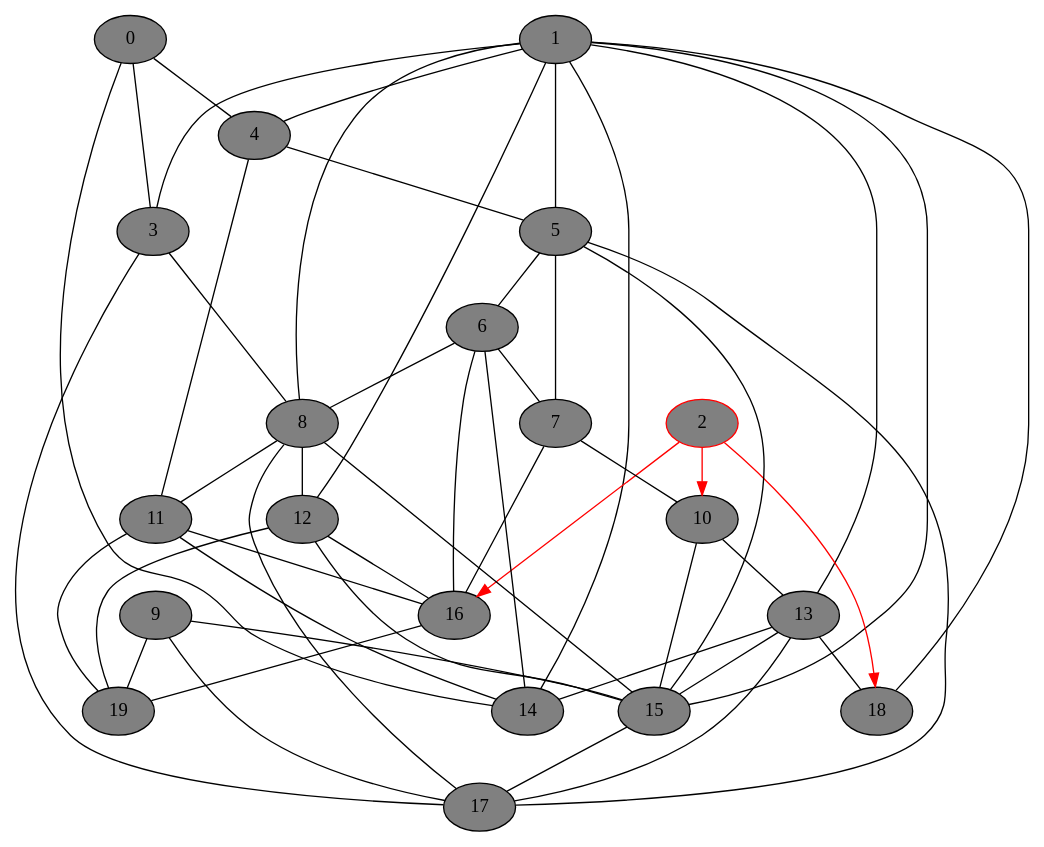
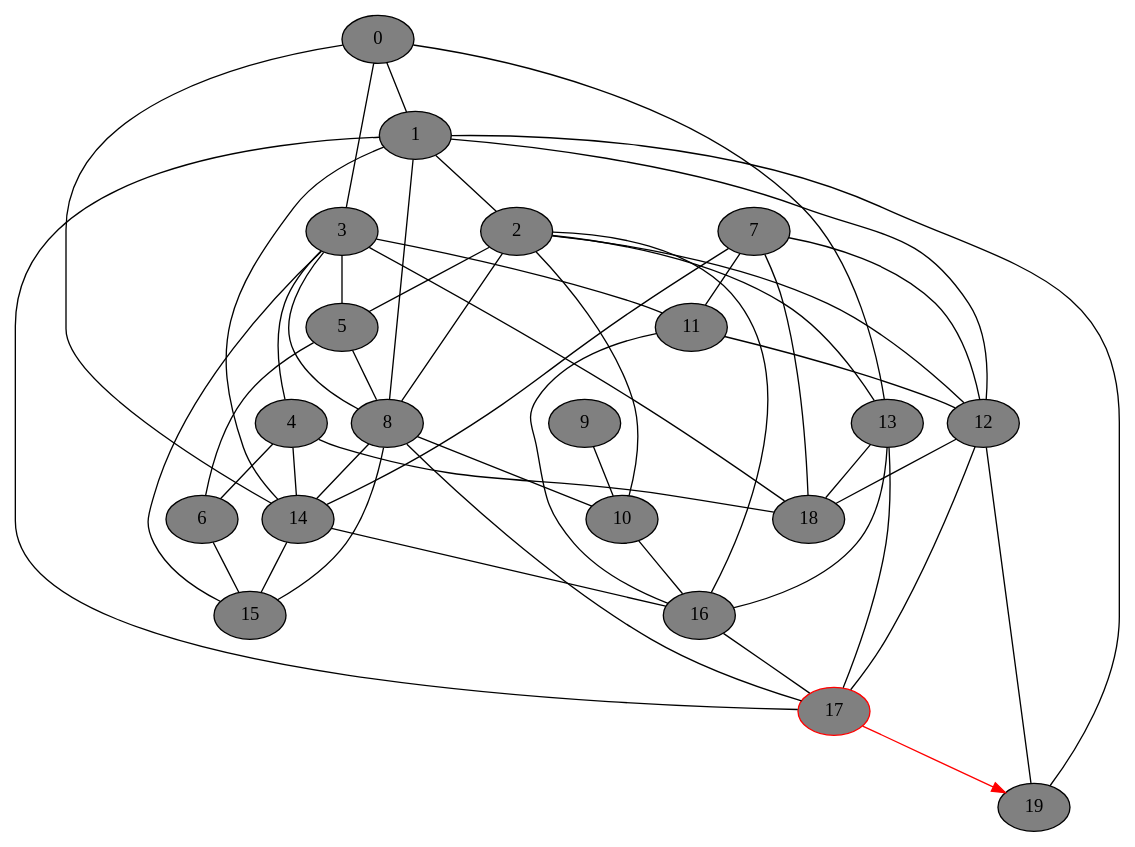
The diagram in gv_graphs/nxt0055.dot (DSMishler/EBA_models), drawn with Graphviz before and after one commit. The commit also changed 387 other files, not shown here.

```diff
--- a/gv_graphs/nxt0055.dot
+++ b/gv_graphs/nxt0055.dot
@@ -1,74 +1,74 @@
 // network test graph
 digraph
 {
 	0 [fillcolor=gray,style=filled,]
 	1 [fillcolor=gray,style=filled,]
-	2 [fillcolor=gray,style=filled,color=red,]
+	2 [fillcolor=gray,style=filled,]
 	3 [fillcolor=gray,style=filled,]
 	4 [fillcolor=gray,style=filled,]
 	5 [fillcolor=gray,style=filled,]
 	6 [fillcolor=gray,style=filled,]
 	7 [fillcolor=gray,style=filled,]
 	8 [fillcolor=gray,style=filled,]
 	9 [fillcolor=gray,style=filled,]
 	10 [fillcolor=gray,style=filled,]
 	11 [fillcolor=gray,style=filled,]
 	12 [fillcolor=gray,style=filled,]
 	13 [fillcolor=gray,style=filled,]
 	14 [fillcolor=gray,style=filled,]
 	15 [fillcolor=gray,style=filled,]
 	16 [fillcolor=gray,style=filled,]
-	17 [fillcolor=gray,style=filled,]
+	17 [fillcolor=gray,style=filled,color=red,]
 	18 [fillcolor=gray,style=filled,]
 	19 [fillcolor=gray,style=filled,]
+	0 -> 1 [dir=none]
 	0 -> 3 [dir=none]
-	0 -> 4 [dir=none]
+	0 -> 13 [dir=none]
 	0 -> 14 [dir=none]
-	1 -> 3 [dir=none]
-	1 -> 4 [dir=none]
-	1 -> 5 [dir=none]
+	1 -> 2 [dir=none]
 	1 -> 8 [dir=none]
 	1 -> 12 [dir=none]
-	1 -> 13 [dir=none]
 	1 -> 14 [dir=none]
-	1 -> 15 [dir=none]
-	1 -> 18 [dir=none]
-	2 -> 10 [dir=forward,color=red,]
-	2 -> 16 [dir=forward,color=red,]
-	2 -> 18 [dir=forward,color=red,]
+	1 -> 17 [dir=none]
+	1 -> 19 [dir=none]
+	2 -> 5 [dir=none]
+	2 -> 8 [dir=none]
+	2 -> 10 [dir=none]
+	2 -> 12 [dir=none]
+	2 -> 13 [dir=none]
+	2 -> 16 [dir=none]
+	3 -> 4 [dir=none]
+	3 -> 5 [dir=none]
 	3 -> 8 [dir=none]
-	3 -> 17 [dir=none]
-	4 -> 5 [dir=none]
-	4 -> 11 [dir=none]
+	3 -> 11 [dir=none]
+	3 -> 15 [dir=none]
+	3 -> 18 [dir=none]
+	4 -> 6 [dir=none]
+	4 -> 14 [dir=none]
+	4 -> 18 [dir=none]
 	5 -> 6 [dir=none]
-	5 -> 7 [dir=none]
-	5 -> 15 [dir=none]
-	5 -> 17 [dir=none]
-	6 -> 7 [dir=none]
-	6 -> 8 [dir=none]
-	6 -> 14 [dir=none]
-	6 -> 16 [dir=none]
-	7 -> 10 [dir=none]
-	7 -> 16 [dir=none]
-	8 -> 11 [dir=none]
-	8 -> 12 [dir=none]
+	5 -> 8 [dir=none]
+	6 -> 15 [dir=none]
+	7 -> 11 [dir=none]
+	7 -> 12 [dir=none]
+	7 -> 14 [dir=none]
+	7 -> 18 [dir=none]
+	8 -> 10 [dir=none]
+	8 -> 14 [dir=none]
 	8 -> 15 [dir=none]
 	8 -> 17 [dir=none]
-	9 -> 15 [dir=none]
-	9 -> 17 [dir=none]
-	9 -> 19 [dir=none]
-	10 -> 13 [dir=none]
-	10 -> 15 [dir=none]
-	11 -> 14 [dir=none]
+	9 -> 10 [dir=none]
+	10 -> 16 [dir=none]
+	11 -> 12 [dir=none]
 	11 -> 16 [dir=none]
-	11 -> 19 [dir=none]
-	12 -> 15 [dir=none]
-	12 -> 16 [dir=none]
+	12 -> 17 [dir=none]
+	12 -> 18 [dir=none]
 	12 -> 19 [dir=none]
-	13 -> 14 [dir=none]
-	13 -> 15 [dir=none]
+	13 -> 16 [dir=none]
 	13 -> 17 [dir=none]
 	13 -> 18 [dir=none]
-	15 -> 17 [dir=none]
-	16 -> 19 [dir=none]
+	14 -> 15 [dir=none]
+	14 -> 16 [dir=none]
+	16 -> 17 [dir=none]
+	17 -> 19 [dir=forward,color=red,]
 }
```
